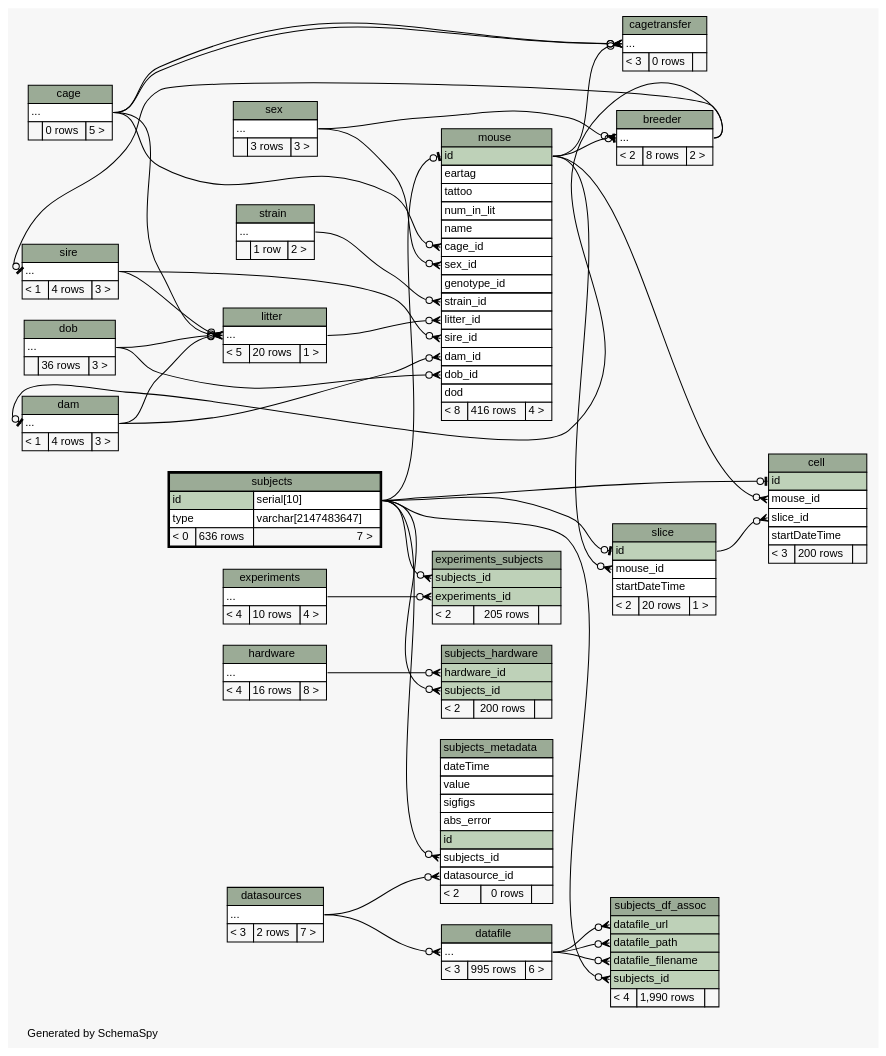
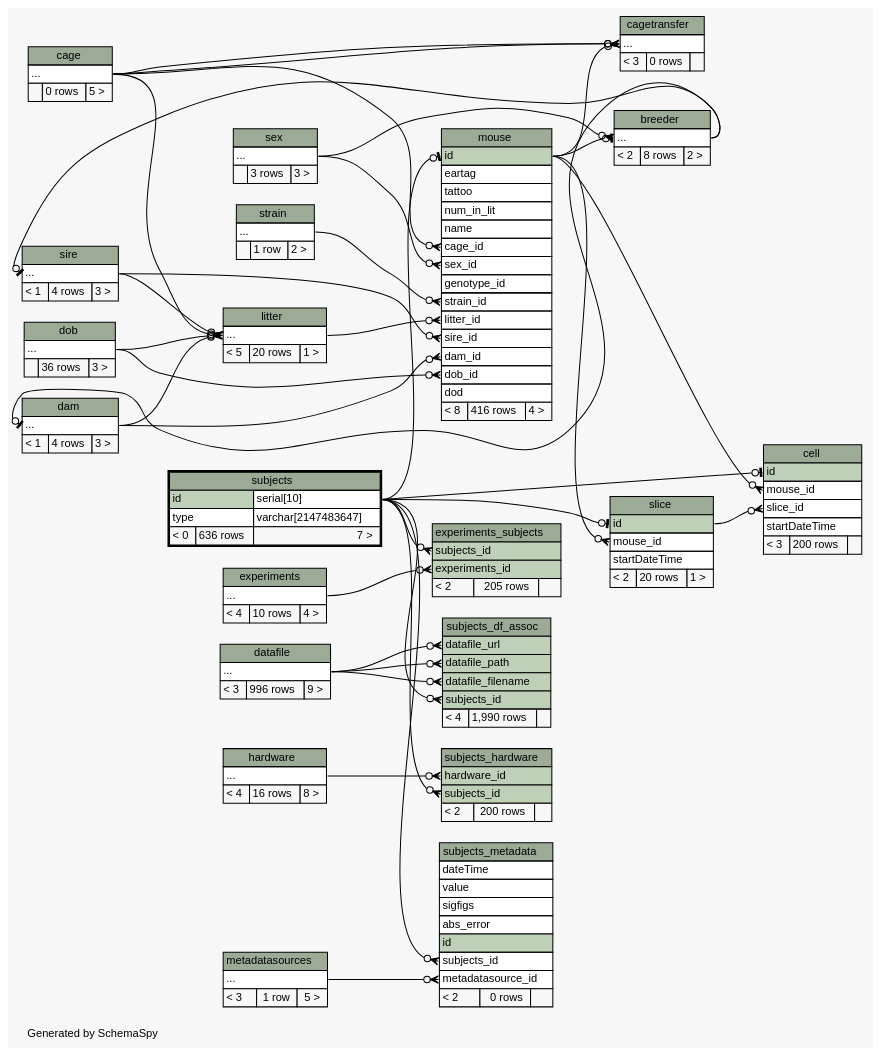
Before and after one commit to tgbugs/mlab: the diagram in database/ss/diagrams/subjects.2degrees.dot, drawn with Graphviz. The commit also changed 185 other files, not shown here.

```diff
--- a/database/ss/diagrams/subjects.2degrees.dot
+++ b/database/ss/diagrams/subjects.2degrees.dot
@@ -28,7 +28,6 @@
   "cell":"mouse_id":w -> "mouse":"id":e [arrowhead=none dir=back arrowtail=crowodot];
   "cell":"slice_id":w -> "slice":"id":e [arrowhead=none dir=back arrowtail=crowodot];
   "dam":"elipses":w -> "breeder":"elipses":e [arrowhead=none dir=back arrowtail=teeodot];
-  "datafile":"elipses":w -> "datasources":"elipses":e [arrowhead=none dir=back arrowtail=crowodot];
   "experiments_subjects":"experiments_id":w -> "experiments":"elipses":e [arrowhead=none dir=back arrowtail=crowodot];
   "experiments_subjects":"subjects_id":w -> "subjects":"id.type":e [arrowhead=none dir=back arrowtail=crowodot];
   "litter":"elipses":w -> "cage":"elipses":e [arrowhead=none dir=back arrowtail=crowodot];
@@ -52,7 +51,7 @@
   "subjects_df_assoc":"subjects_id":w -> "subjects":"id.type":e [arrowhead=none dir=back arrowtail=crowodot];
   "subjects_hardware":"hardware_id":w -> "hardware":"elipses":e [arrowhead=none dir=back arrowtail=crowodot];
   "subjects_hardware":"subjects_id":w -> "subjects":"id.type":e [arrowhead=none dir=back arrowtail=crowodot];
-  "subjects_metadata":"datasource_id":w -> "datasources":"elipses":e [arrowhead=none dir=back arrowtail=crowodot];
+  "subjects_metadata":"metadatasource_id":w -> "metadatasources":"elipses":e [arrowhead=none dir=back arrowtail=crowodot];
   "subjects_metadata":"subjects_id":w -> "subjects":"id.type":e [arrowhead=none dir=back arrowtail=crowodot];
   "breeder" [
     label=<
@@ -112,20 +111,10 @@
     <TABLE BORDER="0" CELLBORDER="1" CELLSPACING="0" BGCOLOR="#ffffff">
       <TR><TD COLSPAN="3" BGCOLOR="#9bab96" ALIGN="CENTER">datafile</TD></TR>
       <TR><TD PORT="elipses" COLSPAN="3" ALIGN="LEFT">...</TD></TR>
-      <TR><TD ALIGN="LEFT" BGCOLOR="#f7f7f7">&lt; 3</TD><TD ALIGN="RIGHT" BGCOLOR="#f7f7f7">995 rows</TD><TD ALIGN="RIGHT" BGCOLOR="#f7f7f7">6 &gt;</TD></TR>
+      <TR><TD ALIGN="LEFT" BGCOLOR="#f7f7f7">&lt; 3</TD><TD ALIGN="RIGHT" BGCOLOR="#f7f7f7">996 rows</TD><TD ALIGN="RIGHT" BGCOLOR="#f7f7f7">9 &gt;</TD></TR>
     </TABLE>>
     URL="datafile.html"
     tooltip="datafile"
-  ];
-  "datasources" [
-    label=<
-    <TABLE BORDER="0" CELLBORDER="1" CELLSPACING="0" BGCOLOR="#ffffff">
-      <TR><TD COLSPAN="3" BGCOLOR="#9bab96" ALIGN="CENTER">datasources</TD></TR>
-      <TR><TD PORT="elipses" COLSPAN="3" ALIGN="LEFT">...</TD></TR>
-      <TR><TD ALIGN="LEFT" BGCOLOR="#f7f7f7">&lt; 3</TD><TD ALIGN="RIGHT" BGCOLOR="#f7f7f7">2 rows</TD><TD ALIGN="RIGHT" BGCOLOR="#f7f7f7">7 &gt;</TD></TR>
-    </TABLE>>
-    URL="datasources.html"
-    tooltip="datasources"
   ];
   "dob" [
     label=<
@@ -177,6 +166,16 @@
     </TABLE>>
     URL="litter.html"
     tooltip="litter"
+  ];
+  "metadatasources" [
+    label=<
+    <TABLE BORDER="0" CELLBORDER="1" CELLSPACING="0" BGCOLOR="#ffffff">
+      <TR><TD COLSPAN="3" BGCOLOR="#9bab96" ALIGN="CENTER">metadatasources</TD></TR>
+      <TR><TD PORT="elipses" COLSPAN="3" ALIGN="LEFT">...</TD></TR>
+      <TR><TD ALIGN="LEFT" BGCOLOR="#f7f7f7">&lt; 3</TD><TD ALIGN="RIGHT" BGCOLOR="#f7f7f7">1 row</TD><TD ALIGN="RIGHT" BGCOLOR="#f7f7f7">5 &gt;</TD></TR>
+    </TABLE>>
+    URL="metadatasources.html"
+    tooltip="metadatasources"
   ];
   "mouse" [
     label=<
@@ -288,7 +287,7 @@
       <TR><TD PORT="abs_error" COLSPAN="3" ALIGN="LEFT">abs_error</TD></TR>
       <TR><TD PORT="id" COLSPAN="3" BGCOLOR="#bed1b8" ALIGN="LEFT">id</TD></TR>
       <TR><TD PORT="subjects_id" COLSPAN="3" ALIGN="LEFT">subjects_id</TD></TR>
-      <TR><TD PORT="datasource_id" COLSPAN="3" ALIGN="LEFT">datasource_id</TD></TR>
+      <TR><TD PORT="metadatasource_id" COLSPAN="3" ALIGN="LEFT">metadatasource_id</TD></TR>
       <TR><TD ALIGN="LEFT" BGCOLOR="#f7f7f7">&lt; 2</TD><TD ALIGN="RIGHT" BGCOLOR="#f7f7f7">0 rows</TD><TD ALIGN="RIGHT" BGCOLOR="#f7f7f7">  </TD></TR>
     </TABLE>>
     URL="subjects_metadata.html"
```
